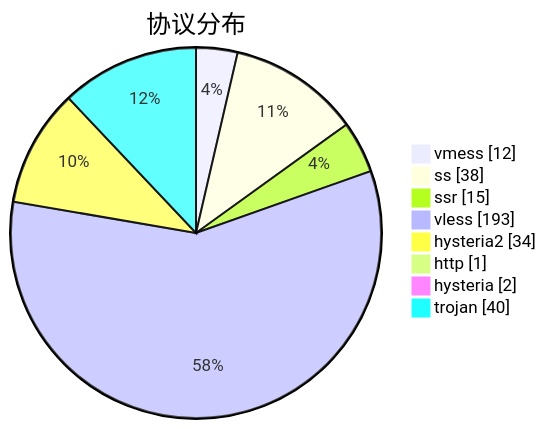
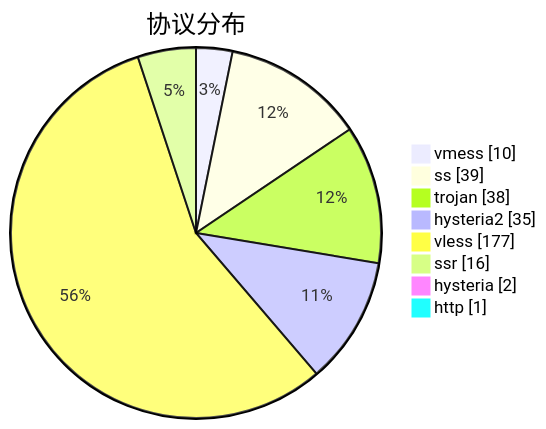
The third of 3 diagrams in subs/statistics/tested_within.md (sinspired/airport), drawn with Mermaid before and after one commit. The commit also changed other lines of this file and 2 other files, not shown here.

````diff
--- a/subs/statistics/tested_within.md
+++ b/subs/statistics/tested_within.md
@@ -41,12 +42,12 @@
 ```mermaid
 pie showData
 title 协议分布
-"vmess" : 12
-"ss" : 38
-"ssr" : 15
-"vless" : 193
-"hysteria2" : 34
+"vmess" : 10
+"ss" : 39
+"trojan" : 38
+"hysteria2" : 35
+"vless" : 177
+"ssr" : 16
+"hysteria" : 2
 "http" : 1
-"hysteria" : 2
-"trojan" : 40
 ```
````
